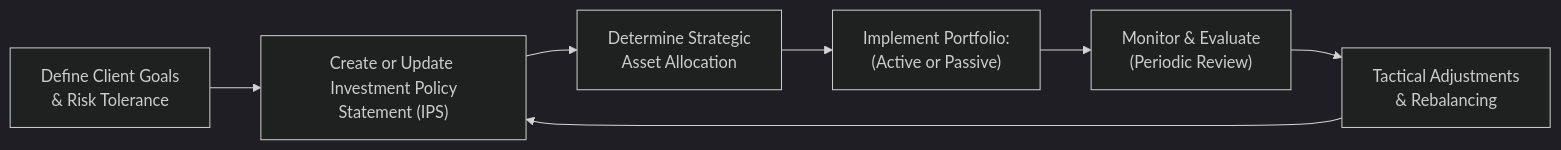
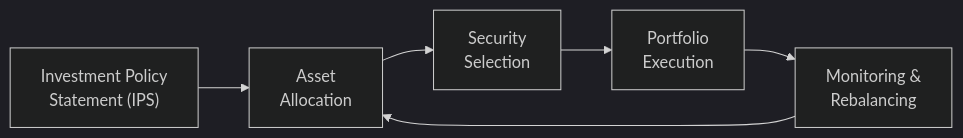
Before and after one commit to MasteryEducation/SecuritiesExamsMastery.ca: the diagram in content/ifc/8/6/index.md, drawn with Mermaid (dark theme). The commit also changed other lines of this file and 130 other files, not shown here.

````diff
--- a/content/ifc/8/6/index.md
+++ b/content/ifc/8/6/index.md
@@ -93,9 +89,14 @@
 ```mermaid
 flowchart LR
-    A["Define Client Goals <br/> & Risk Tolerance"] --> B["Create or Update <br/> Investment Policy Statement (IPS)"]
-    B --> C["Determine Strategic <br/> Asset Allocation"]
-    C --> D["Implement Portfolio: <br/> (Active or Passive)"]
-    D --> E["Monitor & Evaluate <br/> (Periodic Review)"]
-    E --> F["Tactical Adjustments <br/> & Rebalancing"]
-    F --> B
+    A["Investment Policy <br/> Statement (IPS)"]
+    B["Asset <br/> Allocation"]
+    C["Security <br/> Selection"]
+    D["Portfolio <br/> Execution"]
+    E["Monitoring & <br/> Rebalancing"]
+
+    A --> B
+    B --> C
+    C --> D
+    D --> E
+    E --> B
 ```
````
